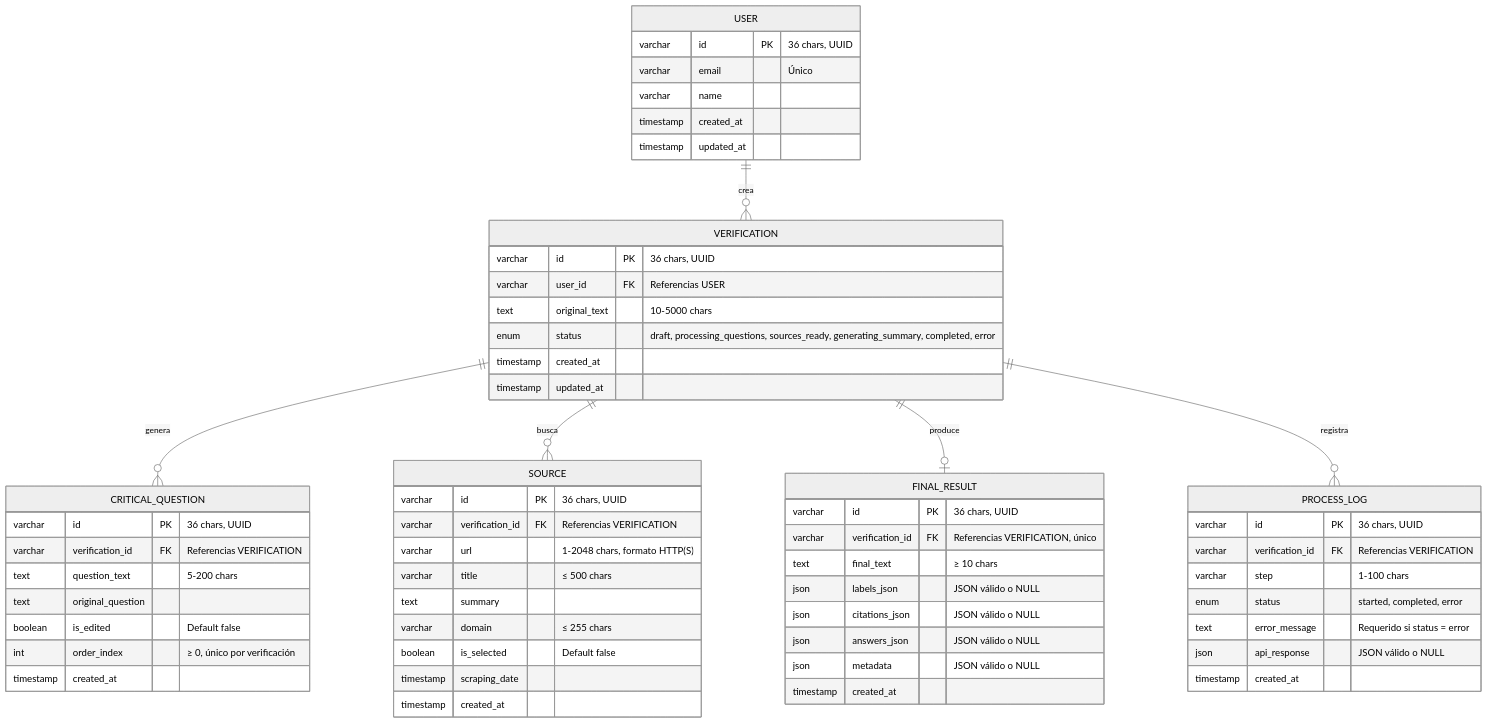
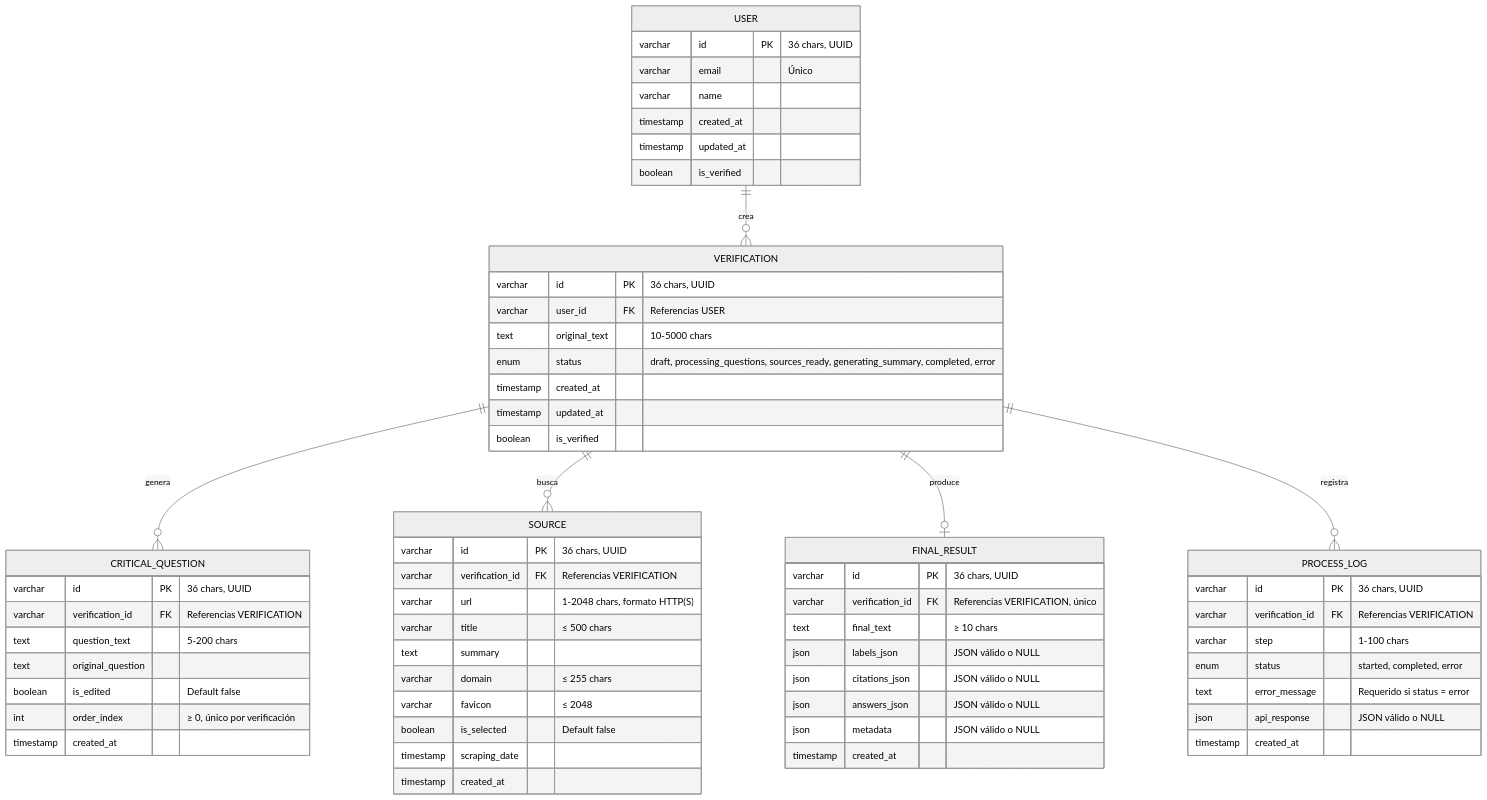
The third of 4 diagrams in docs/DATABASE.md (checkeapp-group/CheckeApp), drawn with Mermaid (neutral theme) before and after one commit. The commit also changed other lines of this file and 5 other files, not shown here.

Commit message:
docs: add comprehensive API documentation and enhance authentication, database, server, and verification flow documentation

````diff
--- a/docs/DATABASE.md
+++ b/docs/DATABASE.md
@@ -252,68 +246,71 @@
 ```mermaid
 erDiagram
     USER ||--o{ VERIFICATION : "crea"
     VERIFICATION ||--o{ CRITICAL_QUESTION : "genera"
     VERIFICATION ||--o{ SOURCE : "busca"
     VERIFICATION ||--o| FINAL_RESULT : "produce"
     VERIFICATION ||--o{ PROCESS_LOG : "registra"
 
     USER {
         varchar id PK "36 chars, UUID"
         varchar email "Único"
         varchar name
         timestamp created_at
         timestamp updated_at
+        boolean is_verified
     }
 
     VERIFICATION {
         varchar id PK "36 chars, UUID"
         varchar user_id FK "Referencias USER"
         text original_text "10-5000 chars"
         enum status "draft, processing_questions, sources_ready, generating_summary, completed, error"
         timestamp created_at
         timestamp updated_at
+        boolean is_verified
     }
 
     CRITICAL_QUESTION {
         varchar id PK "36 chars, UUID"
         varchar verification_id FK "Referencias VERIFICATION"
         text question_text "5-200 chars"
         text original_question
         boolean is_edited "Default false"
         int order_index "≥ 0, único por verificación"
         timestamp created_at
     }
 
     SOURCE {
         varchar id PK "36 chars, UUID"
         varchar verification_id FK "Referencias VERIFICATION"
         varchar url "1-2048 chars, formato HTTP(S)"
         varchar title "≤ 500 chars"
         text summary
         varchar domain "≤ 255 chars"
+        varchar favicon "≤ 2048"
         boolean is_selected "Default false"
         timestamp scraping_date
         timestamp created_at
     }
 
     FINAL_RESULT {
         varchar id PK "36 chars, UUID"
         varchar verification_id FK "Referencias VERIFICATION, único"
         text final_text "≥ 10 chars"
         json labels_json "JSON válido o NULL"
         json citations_json "JSON válido o NULL"
         json answers_json "JSON válido o NULL"
         json metadata "JSON válido o NULL"
         timestamp created_at
     }
 
     PROCESS_LOG {
         varchar id PK "36 chars, UUID"
         varchar verification_id FK "Referencias VERIFICATION"
         varchar step "1-100 chars"
         enum status "started, completed, error"
         text error_message "Requerido si status = error"
         json api_response "JSON válido o NULL"
         timestamp created_at
     }
 ```
````
